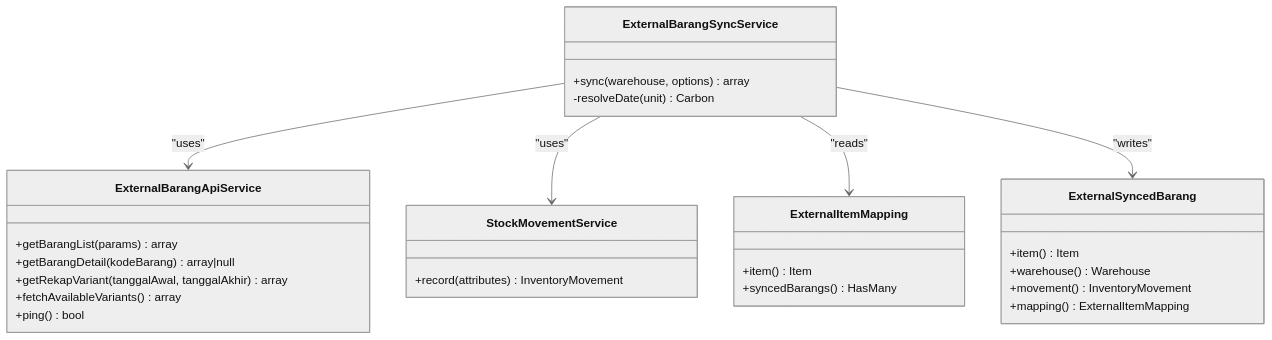
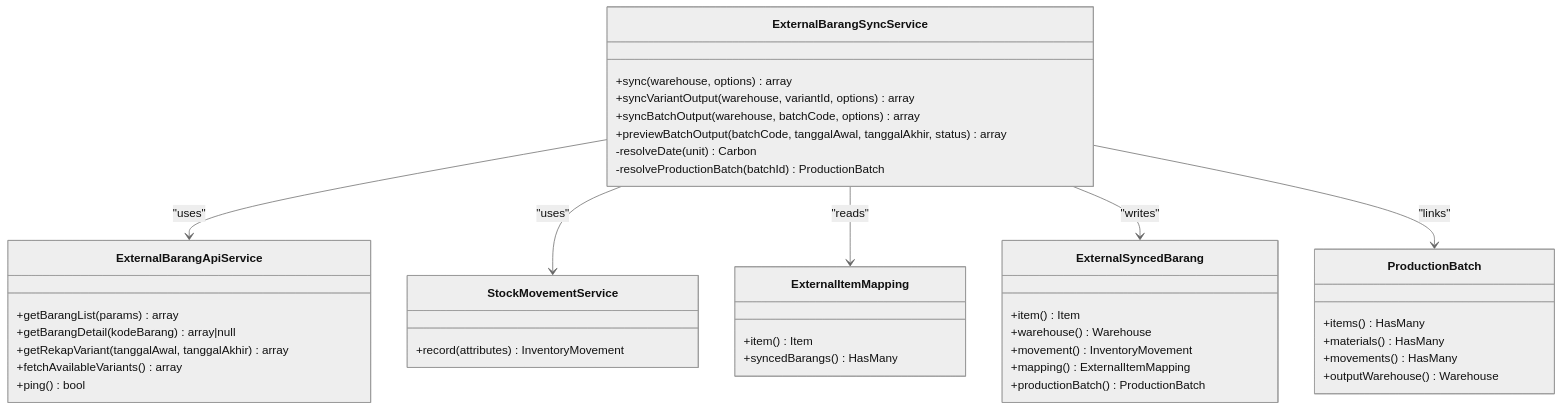
Before and after one commit to Dikksap/laravel_RsvHelmet: the fourth of 4 diagrams in .qoder/repowiki/en/content/Services Layer/External Barang Sync Service.md, drawn with Mermaid (neutral theme). The commit also changed other lines of this file and 129 other files, not shown here.

````diff
--- a/.qoder/repowiki/en/content/Services Layer/External Barang Sync Service.md
+++ b/.qoder/repowiki/en/content/Services Layer/External Barang Sync Service.md
@@ -288,31 +415,43 @@
 ```mermaid
 classDiagram
 class ExternalBarangSyncService {
 +sync(warehouse, options) array
++syncVariantOutput(warehouse, variantId, options) array
++syncBatchOutput(warehouse, batchCode, options) array
++previewBatchOutput(batchCode, tanggalAwal, tanggalAkhir, status) array
 -resolveDate(unit) Carbon
+-resolveProductionBatch(batchId) ProductionBatch
 }
 class ExternalBarangApiService {
 +getBarangList(params) array
 +getBarangDetail(kodeBarang) array|null
 +getRekapVariant(tanggalAwal, tanggalAkhir) array
 +fetchAvailableVariants() array
 +ping() bool
 }
 class StockMovementService {
 +record(attributes) InventoryMovement
 }
 class ExternalItemMapping {
 +item() Item
 +syncedBarangs() HasMany
 }
 class ExternalSyncedBarang {
 +item() Item
 +warehouse() Warehouse
 +movement() InventoryMovement
 +mapping() ExternalItemMapping
++productionBatch() ProductionBatch
+}
+class ProductionBatch {
++items() HasMany
++materials() HasMany
++movements() HasMany
++outputWarehouse() Warehouse
 }
 ExternalBarangSyncService --> ExternalBarangApiService : "uses"
 ExternalBarangSyncService --> StockMovementService : "uses"
 ExternalBarangSyncService --> ExternalItemMapping : "reads"
 ExternalBarangSyncService --> ExternalSyncedBarang : "writes"
+ExternalBarangSyncService --> ProductionBatch : "links"
 ```
````
